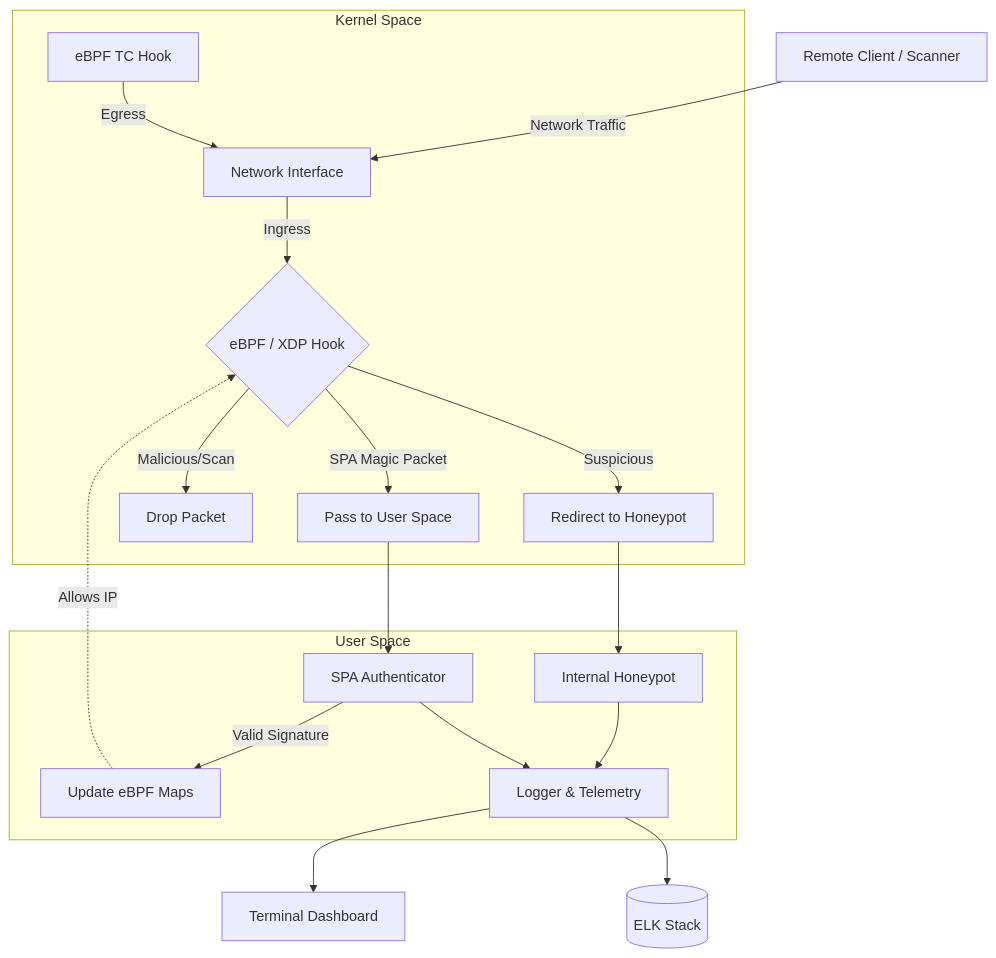
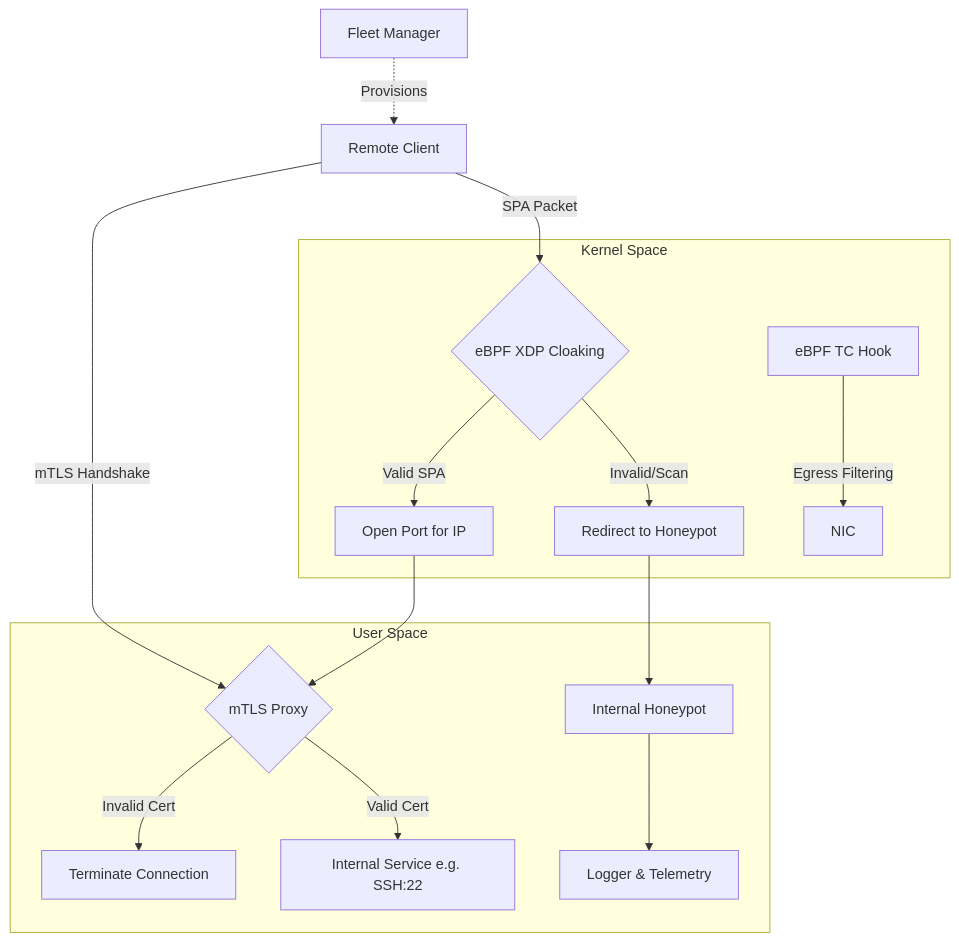
Before and after one commit to haidang-infosec/phantom-grid: the diagram in README.md, drawn with Mermaid. The commit also changed other lines of this file and 80 other files, not shown here.

````diff
--- a/README.md
+++ b/README.md
@@ -31,24 +43,21 @@
 ```mermaid
 graph TD
-    Client[Remote Client / Scanner] -->|Network Traffic| NIC[Network Interface]
-    NIC -->|Ingress| XDP{eBPF / XDP Hook}
-
+    Client[Remote Client] -->|SPA Packet| XDP{eBPF XDP Cloaking}
+    Client -->|mTLS Handshake| Proxy{mTLS Proxy}
+    
     subgraph Kernel Space
-        XDP -->|SPA Magic Packet| Pass[Pass to User Space]
-        XDP -->|Malicious/Scan| Drop[Drop Packet]
-        XDP -->|Suspicious| Redirect[Redirect to Honeypot]
-        TC[eBPF TC Hook] -->|Egress| NIC
+        XDP -->|Invalid/Scan| Redirect[Redirect to Honeypot]
+        XDP -->|Valid SPA| Allow[Open Port for IP]
+        TC[eBPF TC Hook] -->|Egress Filtering| NIC
     end
 
     subgraph User Space
-        Pass --> Auth[SPA Authenticator]
-        Auth -->|Valid Signature| MapUpdate[Update eBPF Maps]
+        Allow --> Proxy
+        Proxy -->|Invalid Cert| Reject[Terminate Connection]
+        Proxy -->|Valid Cert| Service[Internal Service e.g. SSH:22]
         Redirect --> HP[Internal Honeypot]
         HP --> Telemetry[Logger & Telemetry]
-        Auth --> Telemetry
-        MapUpdate -.->|Allows IP| XDP
     end
-
-    Telemetry --> UI[Terminal Dashboard]
-    Telemetry --> ELK[(ELK Stack)]
+    
+    Fleet[Fleet Manager] -.->|Provisions| Client
 ```
````
